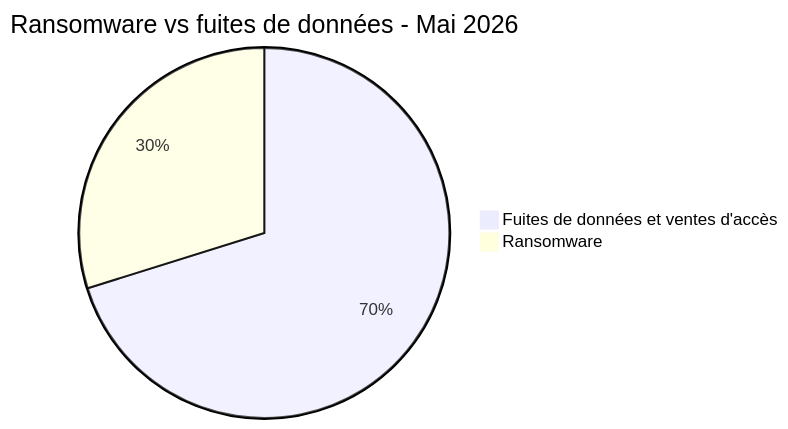
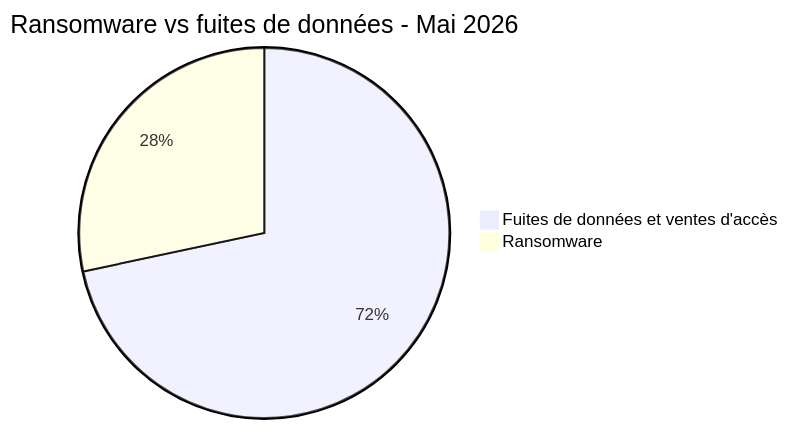
One commit to Hatchepsoute/AFRINTEL changed the second of 4 diagrams in CyberAttackAfrica/2026/05-may/README_FR.md. Above: the diagram before and after it, drawn with Mermaid. The commit also changed other lines of this file and 48 other files, not shown here.

````diff
--- a/CyberAttackAfrica/2026/05-may/README_FR.md
+++ b/CyberAttackAfrica/2026/05-may/README_FR.md
@@ -145,6 +147,6 @@
 ```mermaid
 pie
  title Ransomware vs fuites de données - Mai 2026
- "Fuites de données et ventes d'accès" : 40
+ "Fuites de données et ventes d'accès" : 43
  "Ransomware" : 17
 ```
````
